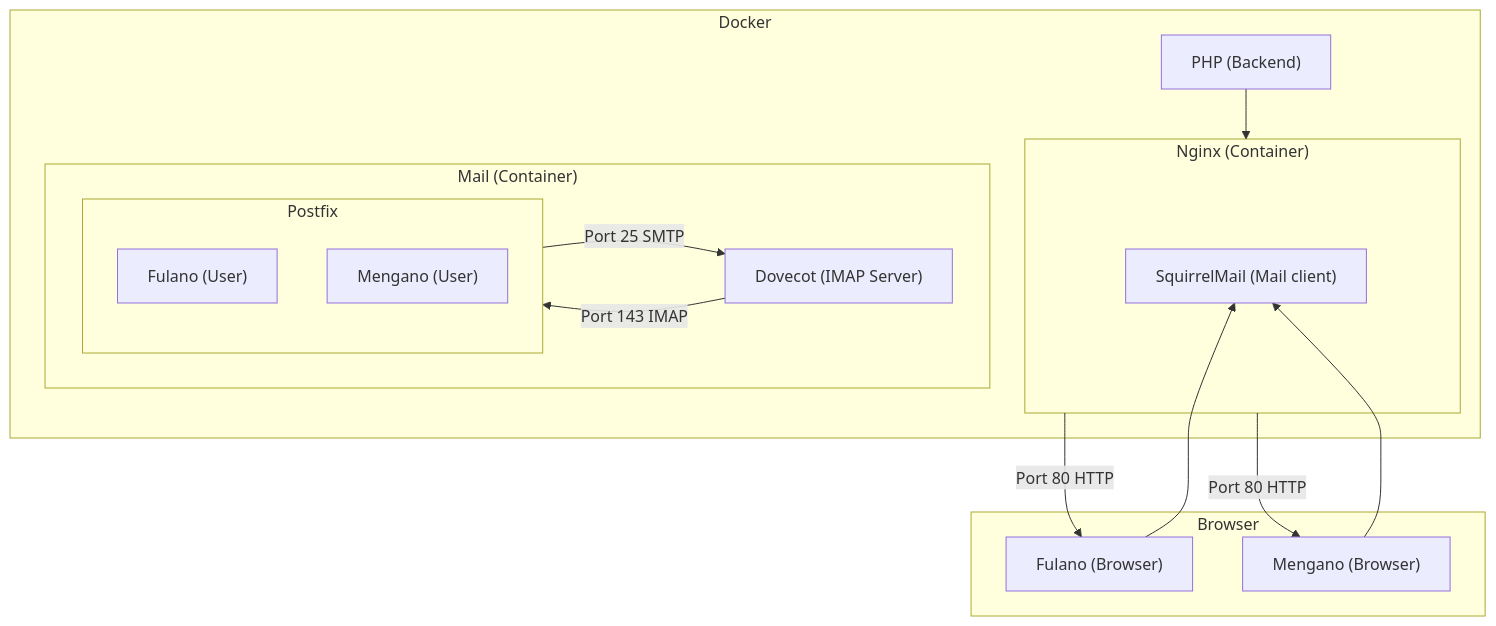
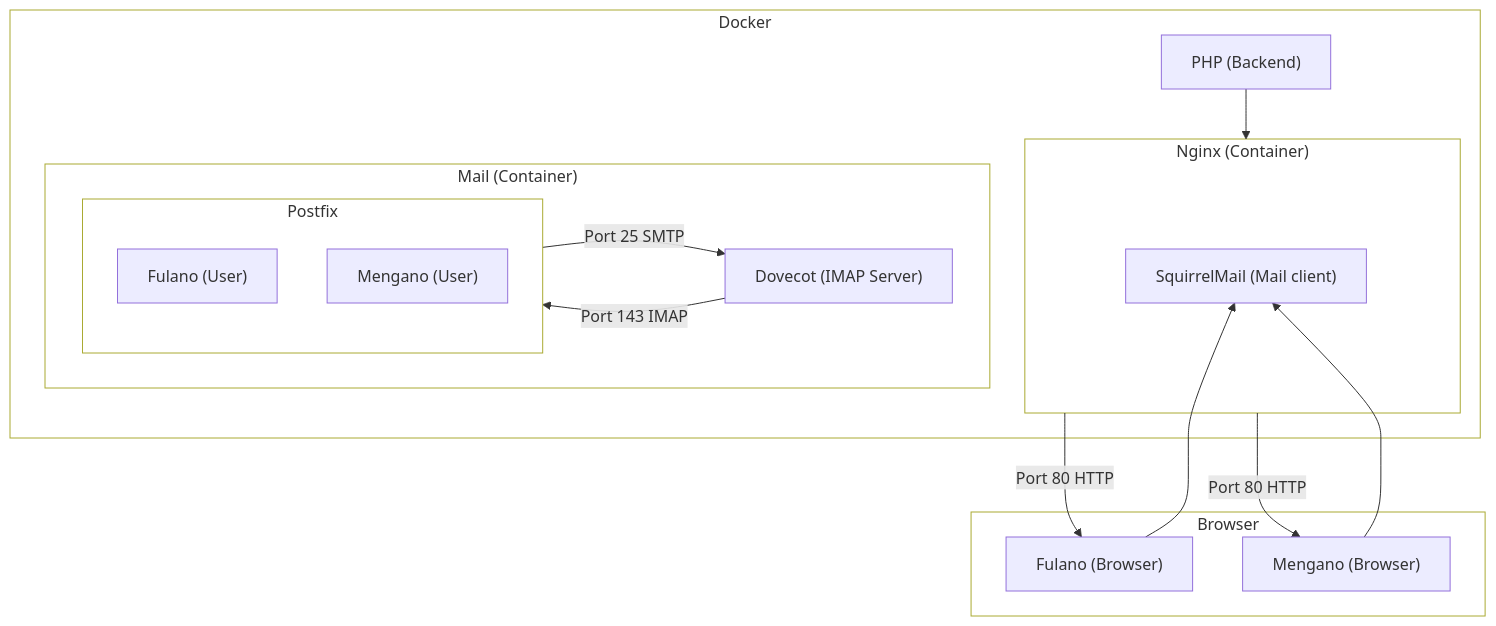
Before and after one commit to PumukyDev/squirrelmail: the diagram in README.md, drawn with Mermaid. The commit also changed 1 other file, not shown here.

Commit message:
docs: Update README
Set transparent background fot the mermaid schema
Add some documentation in ascii doc format to explain the project
structure

````diff
--- a/README.md
+++ b/README.md
@@ -13,35 +13,41 @@
 ```mermaid
 flowchart TD
 
     subgraph Docker
         subgraph Nginx["Nginx (Container)"]
             SquirrelMail["SquirrelMail (Mail client)"]
         end
 
         PHP["PHP (Backend)"]
 
     subgraph Mail["Mail (Container)"]
         direction LR
         subgraph Postfix
             Fulano["Fulano (User)"]
             Mengano["Mengano (User)"]
         end
         Dovecot["Dovecot (IMAP Server)"]
     end
 
     end
 
     subgraph Browser
         FulanoBrowser["Fulano (Browser)"]
         MenganoBrowser["Mengano (Browser)"]
     end
 
     PHP --> Nginx
 
     Nginx -->|Port 80 HTTP| FulanoBrowser
     Nginx -->|Port 80 HTTP| MenganoBrowser
     FulanoBrowser --> SquirrelMail
     MenganoBrowser --> SquirrelMail
     Dovecot -->|Port 143 IMAP| Postfix
     Postfix -->|Port 25 SMTP| Dovecot
+
+    style Docker fill:transparent
+    style Mail fill:transparent
+    style Browser fill:transparent
+    style Nginx fill:transparent
+    style Postfix fill:transparent
 ```
````
